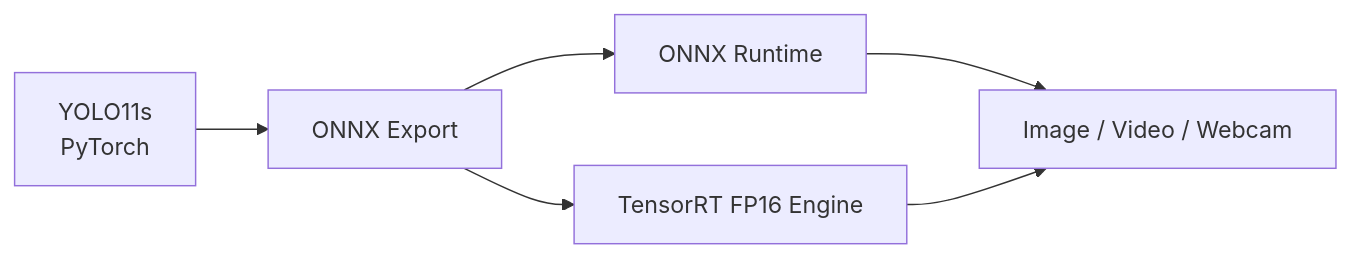
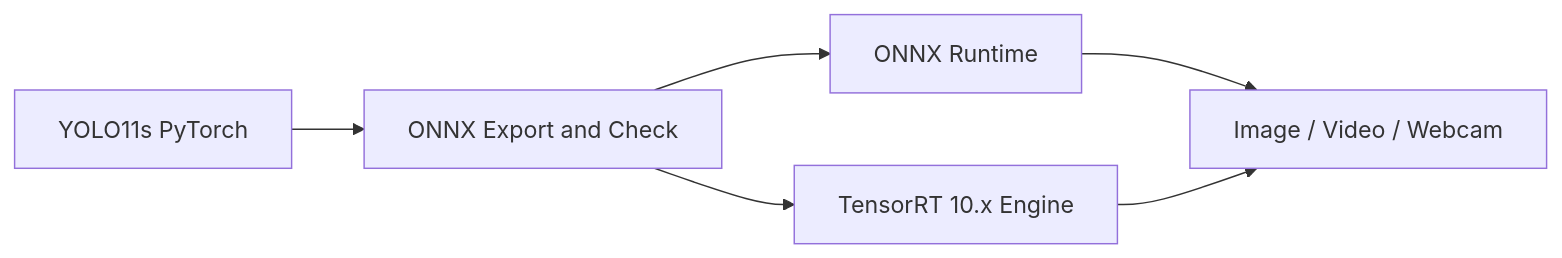
The diagram in README.md (Zack-Zhang1031/yolo11-tensorrt-realtime), drawn with Mermaid before and after one commit. The commit also changed other lines of this file and 45 other files, not shown here.

````diff
--- a/README.md
+++ b/README.md
@@ -23,8 +22,8 @@
 ```mermaid
 flowchart LR
-    A["YOLO11s<br/>PyTorch"] --> B["ONNX Export"]
+    A["YOLO11s PyTorch"] --> B["ONNX Export and Check"]
     B --> C["ONNX Runtime"]
-    B --> D["TensorRT FP16 Engine"]
+    B --> D["TensorRT 10.x Engine"]
     C --> E["Image / Video / Webcam"]
     D --> E
 ```
````
